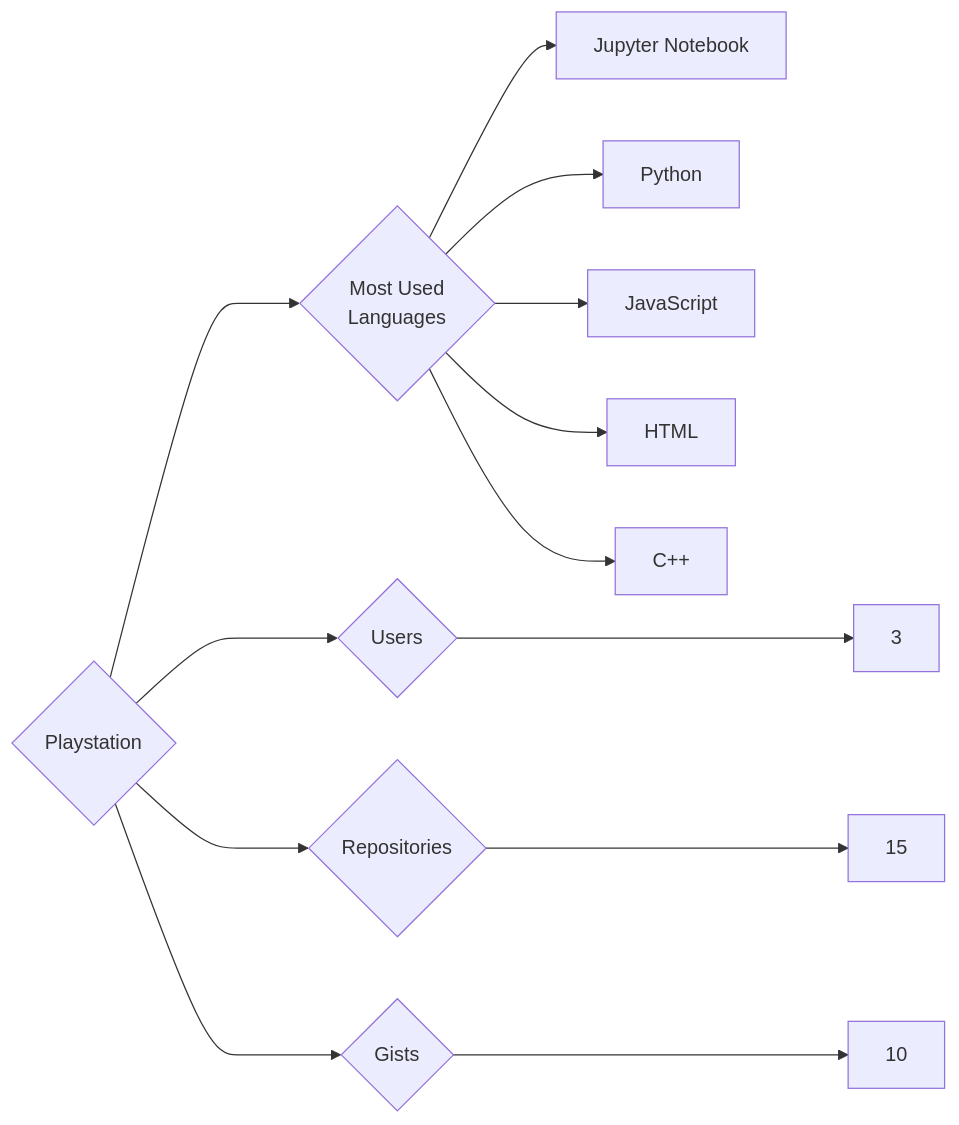
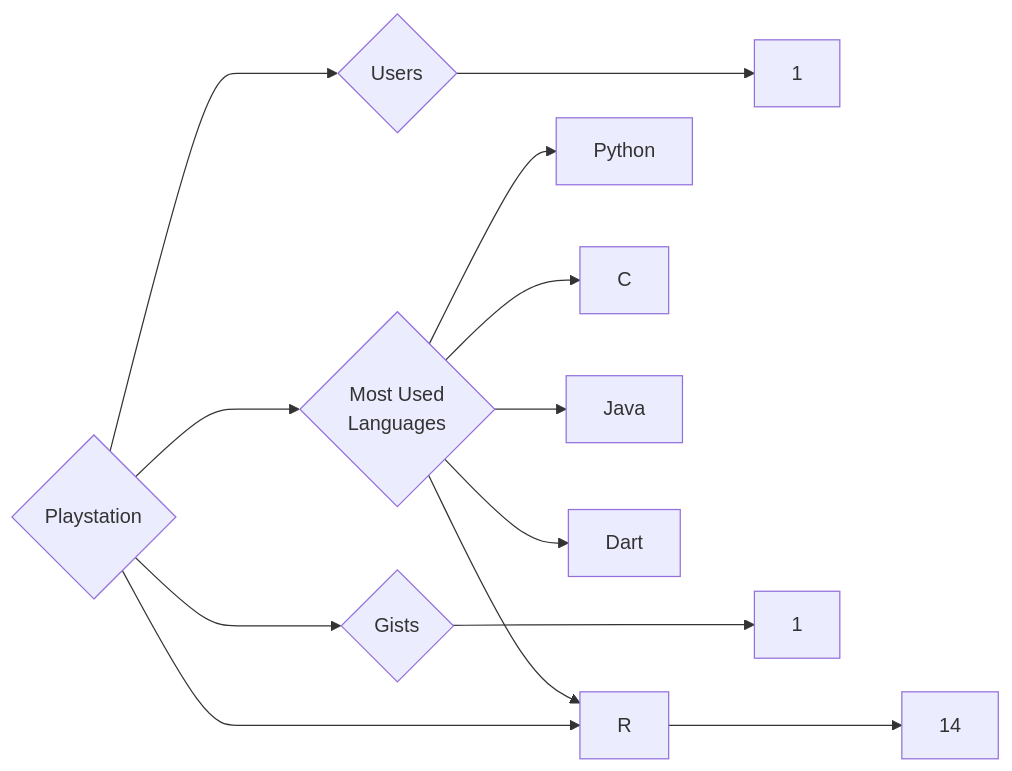
One commit to trickest/insiders changed the diagram in targets/Playstation/README.md. Above: the diagram before and after it, drawn with Mermaid. The commit also changed 964 other files, not shown here.

````diff
--- a/targets/Playstation/README.md
+++ b/targets/Playstation/README.md
@@ -3,13 +3,13 @@
 ```mermaid
 graph LR
 COMPANY_NAME{Playstation}
-COMPANY_NAME ---> U{Users} ---> UN[3]
-COMPANY_NAME ---> R{Repositories} ---> RN[15]
-COMPANY_NAME ---> G{Gists} ---> GN[10]
+COMPANY_NAME ---> U{Users} ---> UN[1]
+COMPANY_NAME ---> R{Repositories} ---> RN[14]
+COMPANY_NAME ---> G{Gists} ---> GN[1]
 COMPANY_NAME ---> ML{Most Used<br>Languages}
-ML --> Jupyter_Notebook[Jupyter Notebook]
 ML --> Python[Python]
-ML --> JavaScript[JavaScript]
-ML --> HTML[HTML]
-ML --> C++[C++]
+ML --> R[R]
+ML --> C[C]
+ML --> Java[Java]
+ML --> Dart[Dart]
 ```
````
